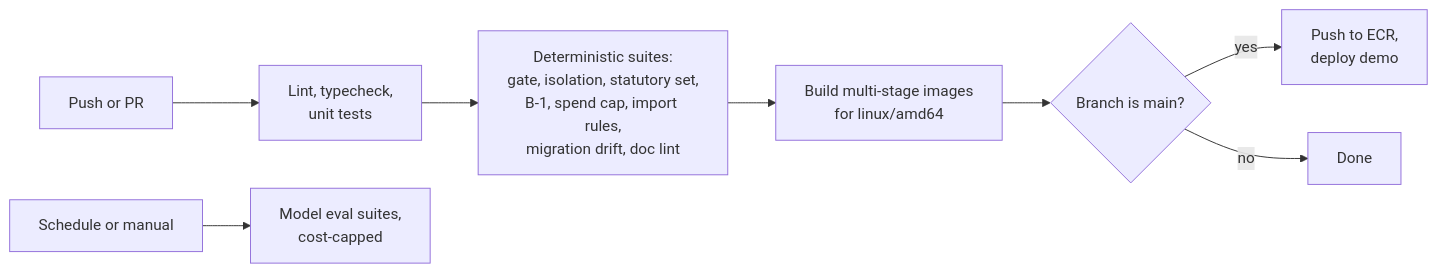
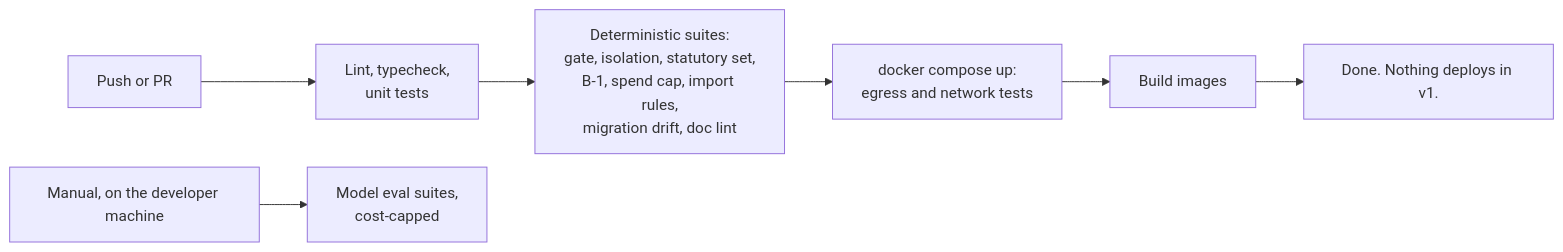
One commit to monarchsolanki/chukta changed the ninth of 10 diagrams in docs/01-ARCHITECTURE.md. Above: the diagram before and after it, drawn with Mermaid. The commit also changed other lines of this file and 1 other file, not shown here.

First line of the commit message:
docs(architecture): apply review findings F-01 to F-05

````diff
--- a/docs/01-ARCHITECTURE.md
+++ b/docs/01-ARCHITECTURE.md
@@ -444,10 +472,9 @@
 ```mermaid
 flowchart LR
   A["Push or PR"] --> B["Lint, typecheck,<br/>unit tests"]
   B --> C["Deterministic suites:<br/>gate, isolation, statutory set,<br/>B-1, spend cap, import rules,<br/>migration drift, doc lint"]
-  C --> D["Build multi-stage images<br/>for linux/amd64"]
-  D --> E{"Branch is main?"}
-  E -- "yes" --> F["Push to ECR,<br/>deploy demo"]
-  E -- "no" --> G["Done"]
-  H["Schedule or manual"] --> I["Model eval suites,<br/>cost-capped"]
+  C --> D["docker compose up:<br/>egress and network tests"]
+  D --> E["Build images"]
+  E --> F["Done. Nothing deploys in v1."]
+  G["Manual, on the developer machine"] --> H["Model eval suites,<br/>cost-capped"]
 ```
````
